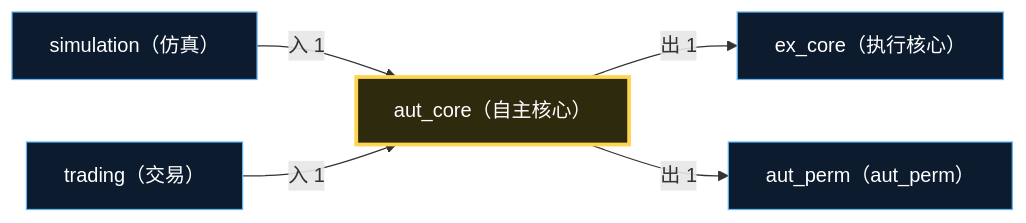
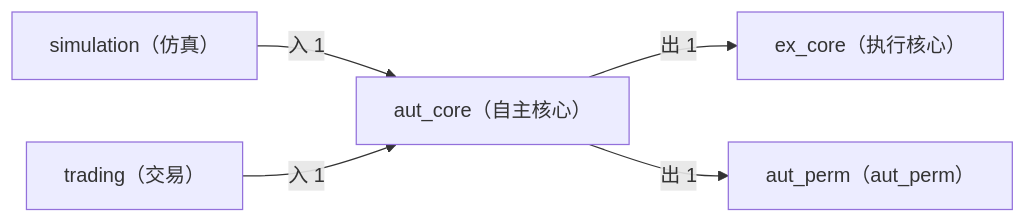
The second of 2 diagrams in docs/02_enterprise_architecture/06_decision_architecture/13_decision_l3_aut_core.md (xuanFelixVan/ZephyrAlpha), drawn with Mermaid before and after one commit. The commit also changed other lines of this file and 23 other files, not shown here.

First line of the commit message:
style(decision-diagram): 移除所有 mermaid classDef，照搬 application_flows.md 纯默认主题

````diff
--- a/docs/02_enterprise_architecture/06_decision_architecture/13_decision_l3_aut_core.md
+++ b/docs/02_enterprise_architecture/06_decision_architecture/13_decision_l3_aut_core.md
@@ -127,15 +121,12 @@
 ```mermaid
 flowchart LR
-    SELF["aut_core（自主核心）"]:::selfDomain
-    EXT_ex_core["ex_core（执行核心）"]:::extDomain
+    SELF["aut_core（自主核心）"]
+    EXT_ex_core["ex_core（执行核心）"]
     SELF -->|出 1| EXT_ex_core
-    EXT_aut_perm["aut_perm（aut_perm）"]:::extDomain
+    EXT_aut_perm["aut_perm（aut_perm）"]
     SELF -->|出 1| EXT_aut_perm
-    EXT_simulation["simulation（仿真）"]:::extDomain
+    EXT_simulation["simulation（仿真）"]
     EXT_simulation -->|入 1| SELF
-    EXT_trading["trading（交易）"]:::extDomain
+    EXT_trading["trading（交易）"]
     EXT_trading -->|入 1| SELF
-
-    classDef selfDomain fill:#2e2a0d,stroke:#ffd54f,stroke-width:3px,color:#fff
-    classDef extDomain fill:#0d1b2e,stroke:#64b5f6,stroke-width:1px,color:#fff
 ```
````
